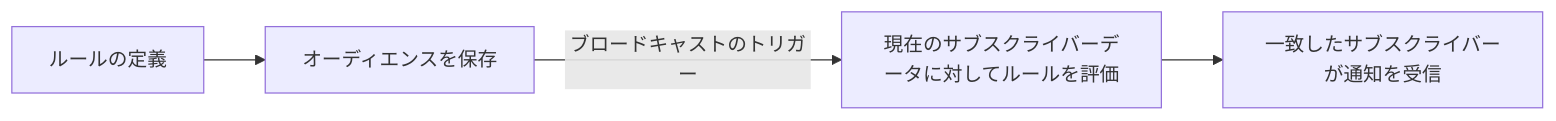
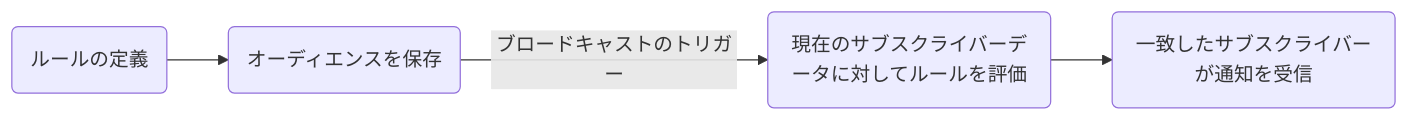
The diagram in content/docs/ja/platform/features/audiences.mdx (KriyanshKhunt/nexus_docs), drawn with Mermaid before and after one commit. The commit also changed 20 other files, not shown here.

Commit message:
Handle ja Mermaid charts

````diff
--- a/content/docs/ja/platform/features/audiences.mdx
+++ b/content/docs/ja/platform/features/audiences.mdx
@@ -14,6 +14,6 @@
 ```mermaid
 flowchart LR
-  D[ルールの定義] --> A[オーディエンスを保存]
-  A -->|ブロードキャストのトリガー| E[現在のサブスクライバーデータに対してルールを評価]
-  E --> M[一致したサブスクライバーが通知を受信]
+  D(ルールの定義) --> A(オーディエンスを保存)
+  A -->|ブロードキャストのトリガー| E(現在のサブスクライバーデータに対してルールを評価)
+  E --> M(一致したサブスクライバーが通知を受信)
 ```
````
